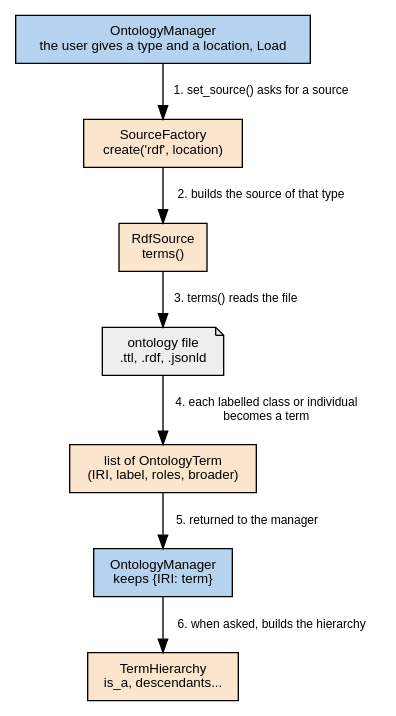
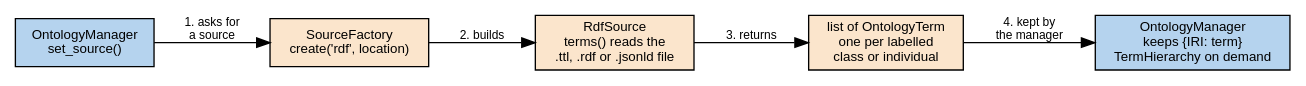
Before and after one commit to PyMoDAQ/PyMoDAQ: the first of 5 diagrams in docs/src/developer_folder/ontology_manager.rst, drawn with Graphviz. The commit also changed other lines of this file, not shown here.

Commit message:
docs: horizontal diagrams for reading the ontology and for assigning a term
Claude-Session: https://claude.ai/code/session_01RKuN81mHyjs9x4DB6NLuNY

```diff
--- a/docs/src/developer_folder/ontology_manager.rst
+++ b/docs/src/developer_folder/ontology_manager.rst
@@ -100,20 +100,16 @@
 .. graphviz::
    :caption: The manager asks the factory for a source, the source returns the terms
 
    digraph reading {
-     rankdir=TB; nodesep=0.5; ranksep=0.45; node [shape=box, fontname="Helvetica", fontsize=10, style=filled];
+     rankdir=LR; nodesep=0.4; ranksep=0.55; node [shape=box, fontname="Helvetica", fontsize=10, style=filled];
      edge [fontname="Helvetica", fontsize=9];
-     mgr [label="OntologyManager\nthe user gives a type and a location, Load", fillcolor="#b5d3ee"];
+     mgr [label="OntologyManager\nset_source()", fillcolor="#b5d3ee"];
      factory [label="SourceFactory\ncreate('rdf', location)", fillcolor="#fbe5cc"];
-     src [label="RdfSource\nterms()", fillcolor="#fbe5cc"];
-     file [label="ontology file\n.ttl, .rdf, .jsonld", shape=note, fillcolor="#eeeeee"];
-     terms [label="list of OntologyTerm\n(IRI, label, roles, broader)", fillcolor="#fbe5cc"];
-     kept [label="OntologyManager\nkeeps {IRI: term}", fillcolor="#b5d3ee"];
-     hier [label="TermHierarchy\nis_a, descendants...", fillcolor="#fbe5cc"];
-     mgr -> factory [label="1. set_source() asks for a source"];
-     factory -> src [label="2. builds the source of that type"];
-     src -> file [label="3. terms() reads the file"];
-     file -> terms [label="4. each labelled class or individual\nbecomes a term"];
-     terms -> kept [label="5. returned to the manager"];
-     kept -> hier [label="6. when asked, builds the hierarchy"];
+     src [label="RdfSource\nterms() reads the\n.ttl, .rdf or .jsonld file", fillcolor="#fbe5cc"];
+     terms [label="list of OntologyTerm\none per labelled\nclass or individual", fillcolor="#fbe5cc"];
+     kept [label="OntologyManager\nkeeps {IRI: term}\nTermHierarchy on demand", fillcolor="#b5d3ee"];
+     mgr -> factory [label="1. asks for\na source"];
+     factory -> src [label="2. builds"];
+     src -> terms [label="3. returns"];
+     terms -> kept [label="4. kept by\nthe manager"];
    }
```
